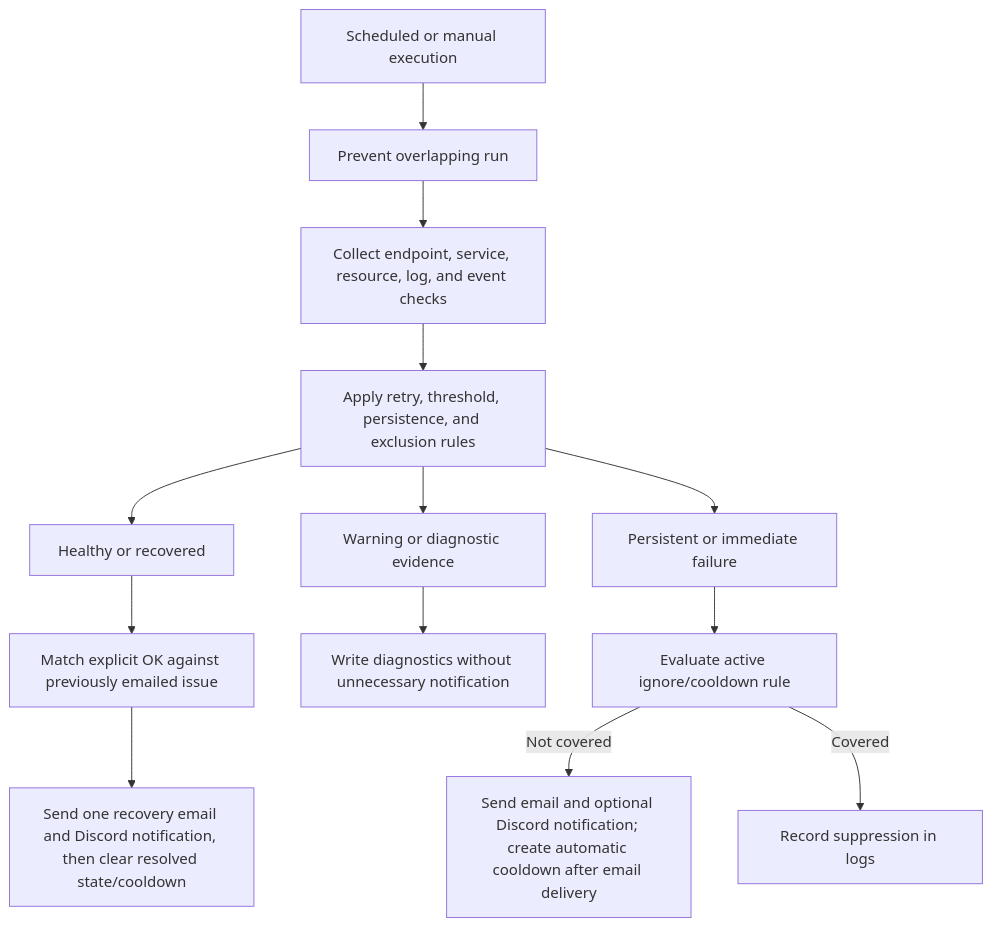
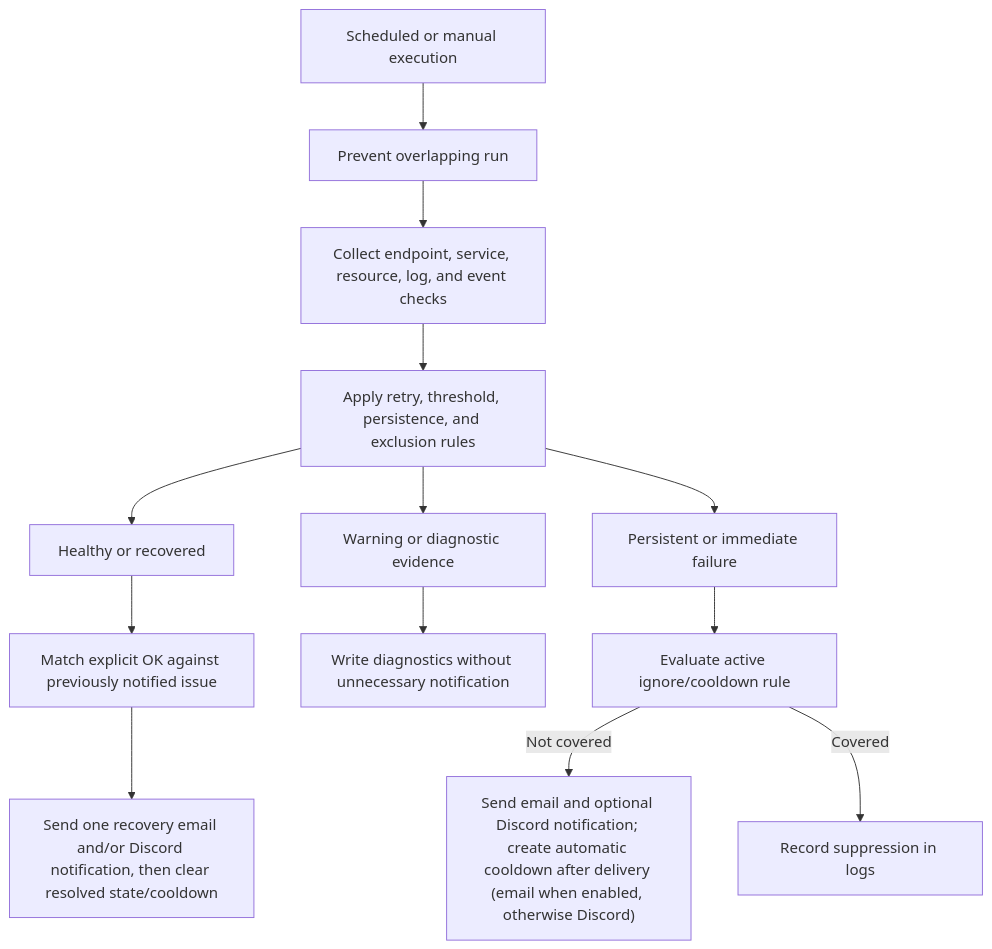
Before and after one commit to Khaled-barbar/IT_Tools_DB_Management_Server_Tools: the fourth of 5 diagrams in docs/02-technical-design.md, drawn with Mermaid. The commit also changed other lines of this file and 7 other files, not shown here.

First line of the commit message:
Monitoring 7.8.0: track Discord-only notification state

````diff
--- a/docs/02-technical-design.md
+++ b/docs/02-technical-design.md
@@ -174,15 +174,15 @@
 ```mermaid
 flowchart TD
     Trigger["Scheduled or manual execution"] --> Lock["Prevent overlapping run"]
     Lock --> Collect["Collect endpoint, service, resource, log, and event checks"]
     Collect --> Evaluate["Apply retry, threshold, persistence, and exclusion rules"]
     Evaluate --> Healthy["Healthy or recovered"]
     Evaluate --> Degraded["Warning or diagnostic evidence"]
     Evaluate --> Failure["Persistent or immediate failure"]
-    Healthy --> Recovery["Match explicit OK against previously emailed issue"]
-    Recovery --> RunLog["Send one recovery email and Discord notification, then clear resolved state/cooldown"]
+    Healthy --> Recovery["Match explicit OK against previously notified issue"]
+    Recovery --> RunLog["Send one recovery email and/or Discord notification, then clear resolved state/cooldown"]
     Degraded --> ErrorLog["Write diagnostics without unnecessary notification"]
     Failure --> Ignore["Evaluate active ignore/cooldown rule"]
-    Ignore -->|Not covered| Email["Send email and optional Discord notification; create automatic cooldown after email delivery"]
+    Ignore -->|Not covered| Email["Send email and optional Discord notification; create automatic cooldown after delivery (email when enabled, otherwise Discord)"]
     Ignore -->|Covered| Logs["Record suppression in logs"]
 ```
````
